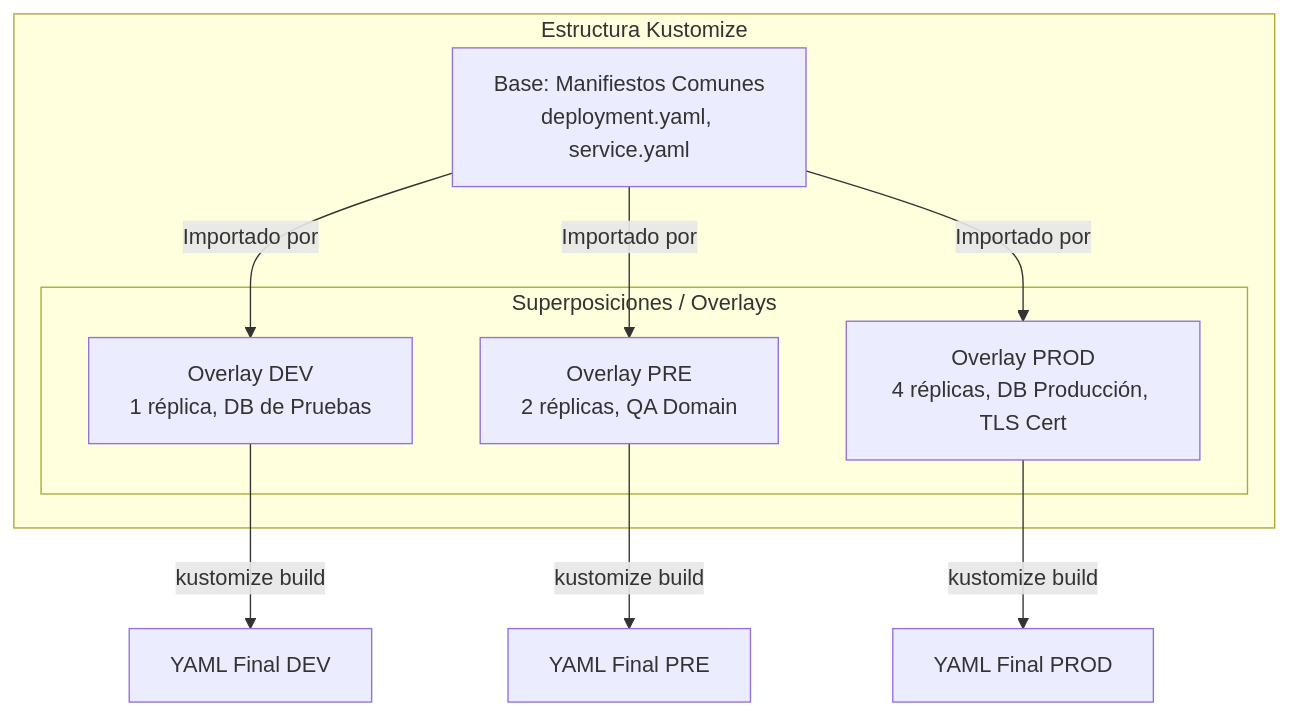
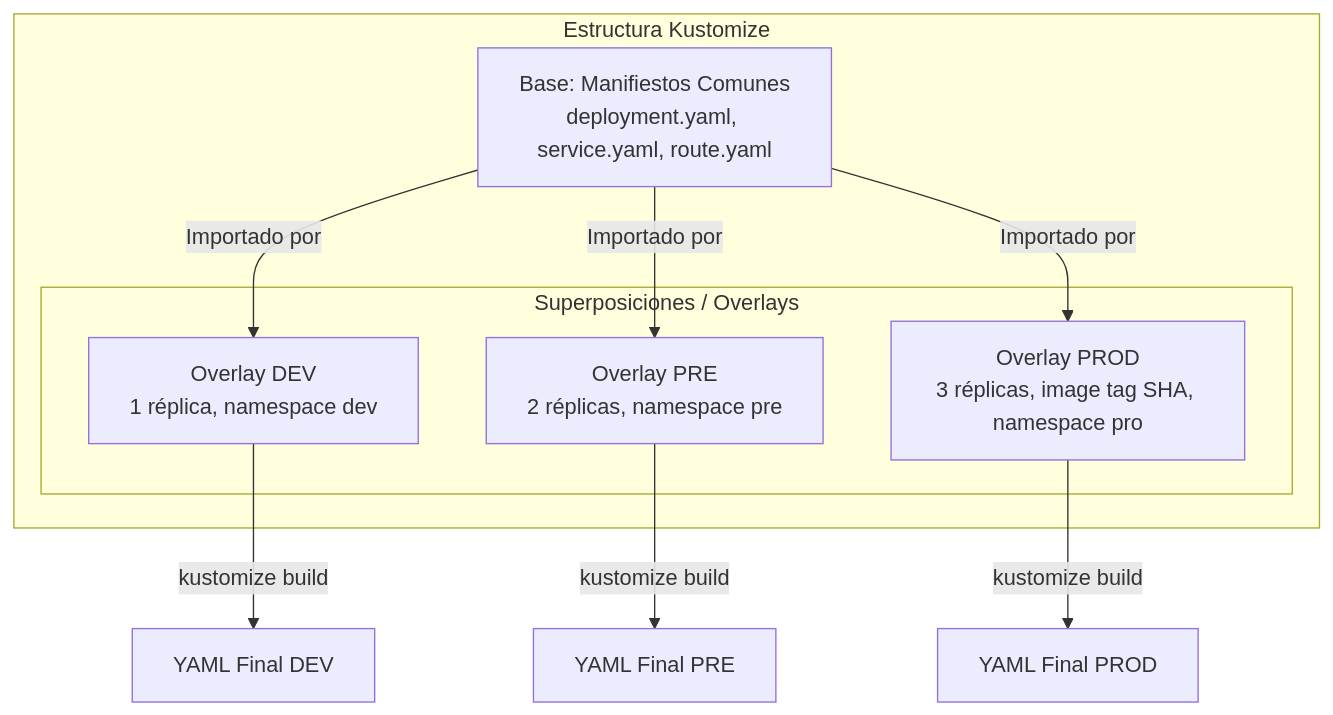
One commit to ieftraining/curso-openshift changed the second of 4 diagrams in docs/sesion4/4.6 Promocion entre entornos.md. Above: the diagram before and after it, drawn with Mermaid. The commit also changed other lines of this file, not shown here.

````diff
--- a/docs/sesion4/4.6 Promocion entre entornos.md
+++ b/docs/sesion4/4.6 Promocion entre entornos.md
@@ -75,20 +55,20 @@
 ```mermaid
 flowchart TD
     subgraph Estructura Kustomize
-        B[Base: Manifiestos Comunes<br>deployment.yaml, service.yaml]
+        B[Base: Manifiestos Comunes<br>deployment.yaml, service.yaml, route.yaml]
         
         subgraph Superposiciones / Overlays
-            O1[Overlay DEV<br>1 réplica, DB de Pruebas]
-            O2[Overlay PRE<br>2 réplicas, QA Domain]
-            O3[Overlay PROD<br>4 réplicas, DB Producción, TLS Cert]
+            O1[Overlay DEV<br>1 réplica, namespace dev]
+            O2[Overlay PRE<br>2 réplicas, namespace pre]
+            O3[Overlay PROD<br>3 réplicas, image tag SHA, namespace pro]
         end
     end
 
     B -->|Importado por| O1
     B -->|Importado por| O2
     B -->|Importado por| O3
 
     O1 -->|kustomize build| R1[YAML Final DEV]
     O2 -->|kustomize build| R2[YAML Final PRE]
     O3 -->|kustomize build| R3[YAML Final PROD]
 ```
````
